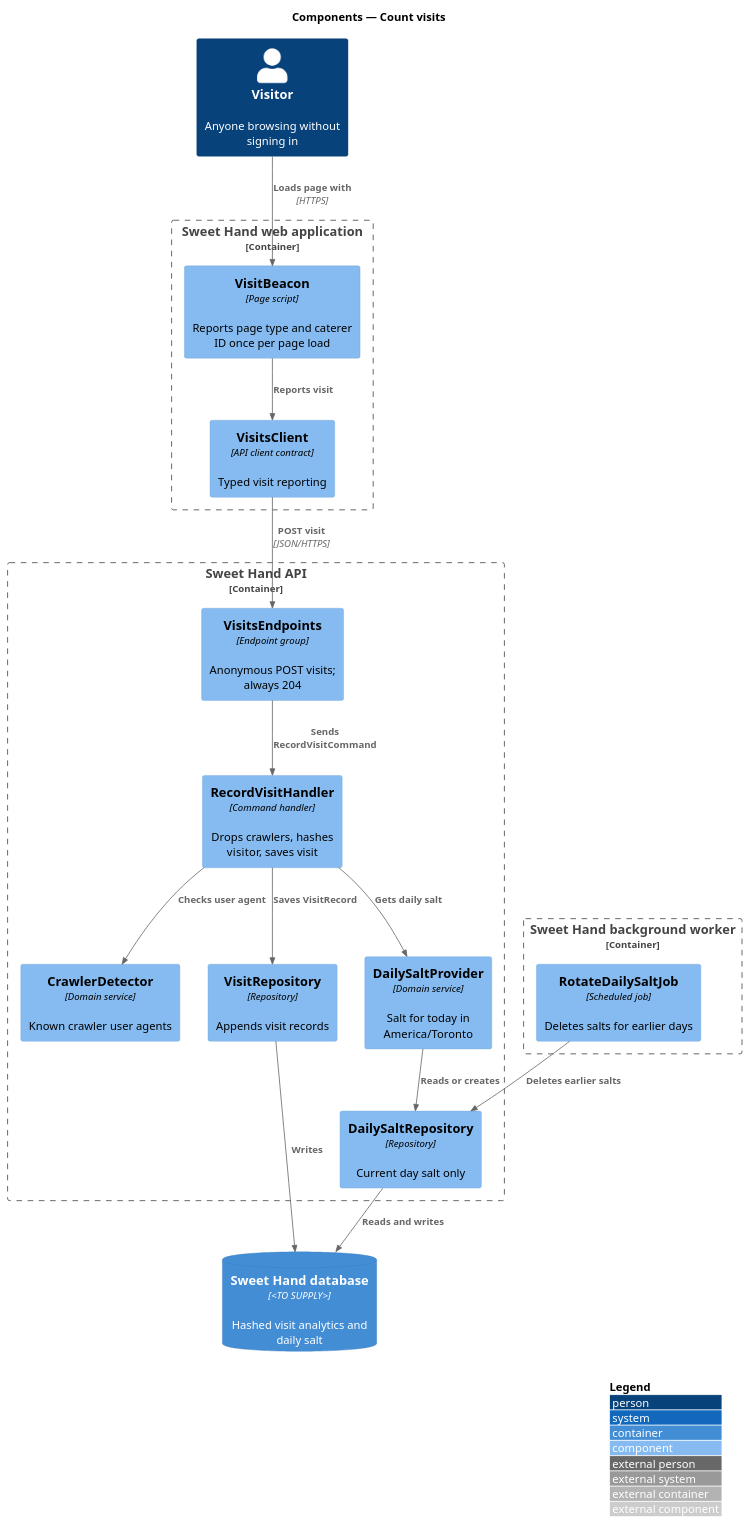
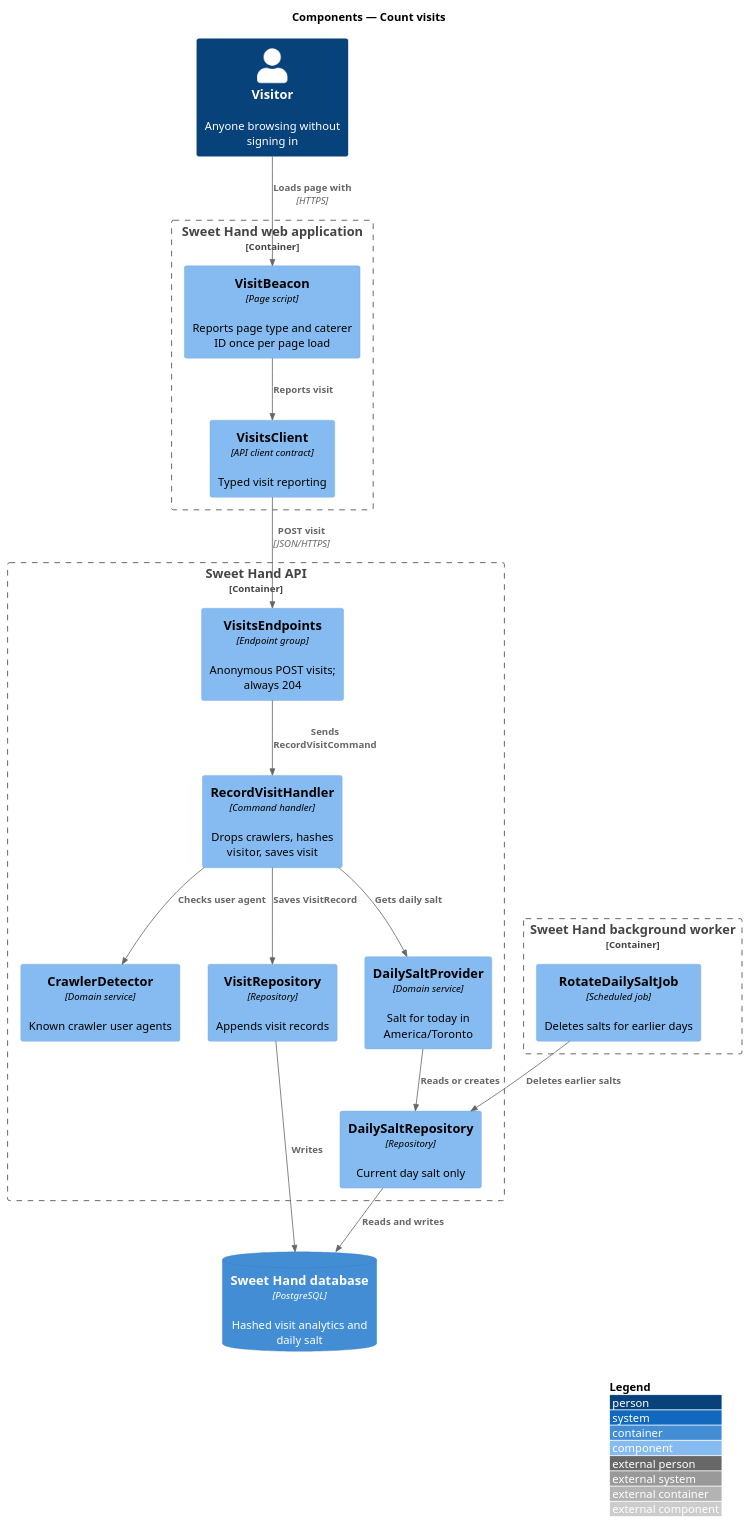
Before and after one commit to QuinntyneBrown/sweet-hand: the diagram in docs/detailed-designs/metrics/count-visits/diagrams/c4-component.puml, drawn with PlantUML. The commit also changed 14 other files, not shown here.

```diff
--- a/docs/detailed-designs/metrics/count-visits/diagrams/c4-component.puml
+++ b/docs/detailed-designs/metrics/count-visits/diagrams/c4-component.puml
@@ -1,38 +1,38 @@
 @startuml
 !include <C4/C4_Component>
 LAYOUT_WITH_LEGEND()
 title Components — Count visits
 
 Person(visitor, "Visitor", "Anyone browsing without signing in")
 
 Container_Boundary(web, "Sweet Hand web application") {
   Component(beacon, "VisitBeacon", "Page script", "Reports page type and caterer ID once per page load")
   Component(client, "VisitsClient", "API client contract", "Typed visit reporting")
 }
 
 Container_Boundary(api, "Sweet Hand API") {
   Component(endpoints, "VisitsEndpoints", "Endpoint group", "Anonymous POST visits; always 204")
   Component(handler, "RecordVisitHandler", "Command handler", "Drops crawlers, hashes visitor, saves visit")
   Component(crawler, "CrawlerDetector", "Domain service", "Known crawler user agents")
   Component(salt, "DailySaltProvider", "Domain service", "Salt for today in America/Toronto")
   Component(visitRepo, "VisitRepository", "Repository", "Appends visit records")
   Component(saltRepo, "DailySaltRepository", "Repository", "Current day salt only")
 }
 
 Container_Boundary(worker, "Sweet Hand background worker") {
   Component(rotate, "RotateDailySaltJob", "Scheduled job", "Deletes salts for earlier days")
 }
-ContainerDb(db, "Sweet Hand database", "<TO SUPPLY>", "Hashed visit analytics and daily salt")
+ContainerDb(db, "Sweet Hand database", "PostgreSQL", "Hashed visit analytics and daily salt")
 
 Rel(visitor, beacon, "Loads page with", "HTTPS")
 Rel(beacon, client, "Reports visit")
 Rel(client, endpoints, "POST visit", "JSON/HTTPS")
 Rel(endpoints, handler, "Sends RecordVisitCommand")
 Rel(handler, crawler, "Checks user agent")
 Rel(handler, salt, "Gets daily salt")
 Rel(salt, saltRepo, "Reads or creates")
 Rel(handler, visitRepo, "Saves VisitRecord")
 Rel(visitRepo, db, "Writes")
 Rel(saltRepo, db, "Reads and writes")
 Rel(rotate, saltRepo, "Deletes earlier salts")
 @enduml
```
